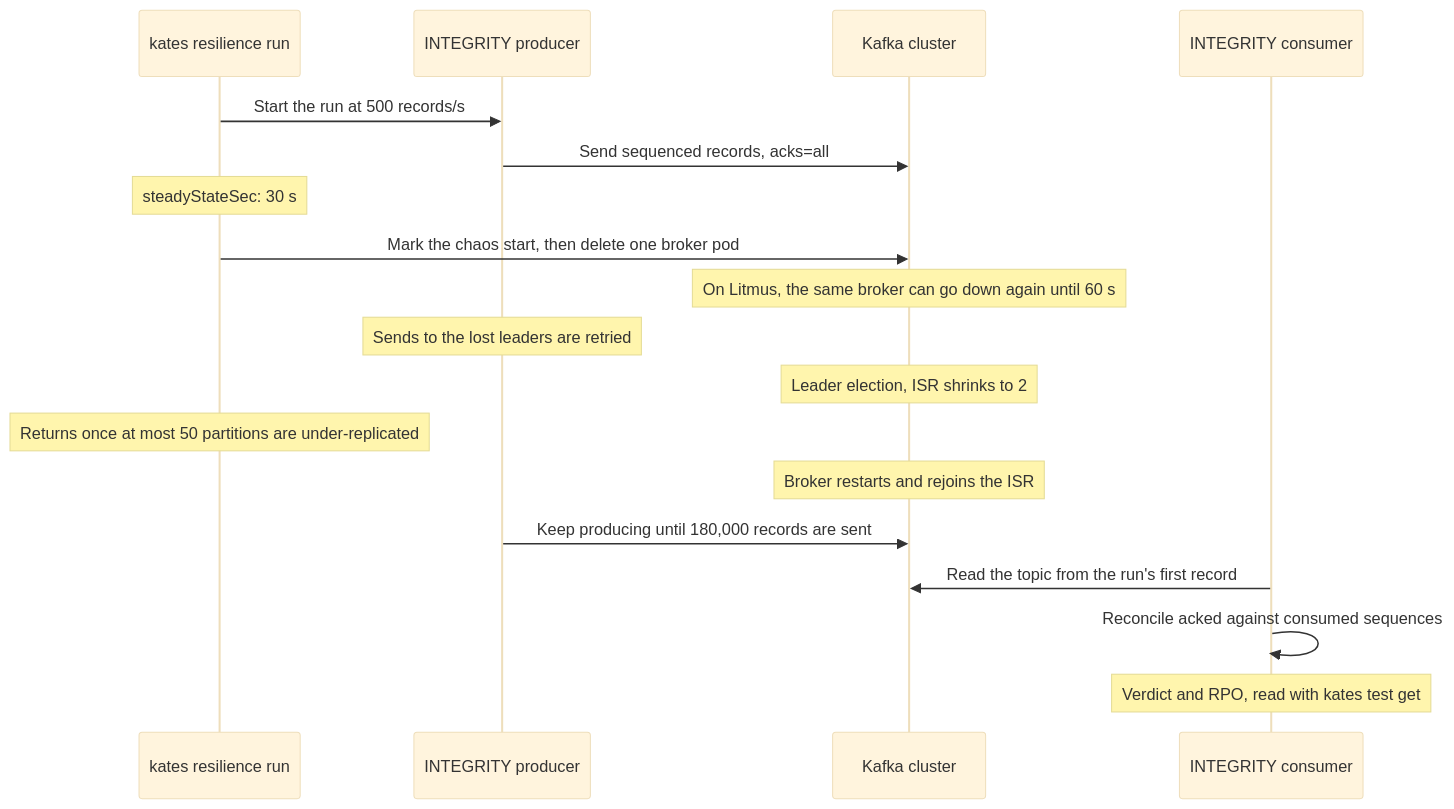
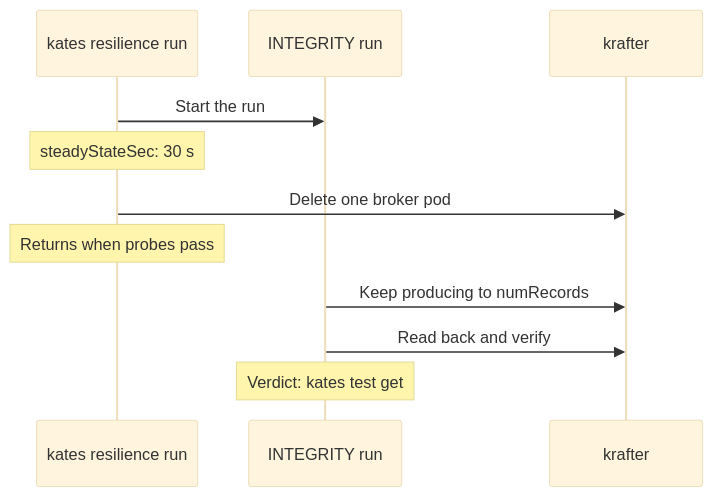
One commit to bmscomp/kates changed the second of 2 diagrams in docs/book/08-data-integrity.md. Above: the diagram before and after it, drawn with Mermaid (base theme). The commit also changed other lines of this file and 52 other files, not shown here.

````diff
--- a/docs/book/08-data-integrity.md
+++ b/docs/book/08-data-integrity.md
@@ -248,24 +299,17 @@
 ```mermaid
 %%| label: fig-integrity-under-chaos
-%%| fig-cap: "`kates resilience run` starts the INTEGRITY run, marks the chaos start and deletes a broker pod, and returns once at most 50 partitions are under-replicated; the verdict and RPO come later, from the INTEGRITY run itself."
-%%| fig-alt: "Sequence diagram with kates resilience run, the INTEGRITY producer, the Kafka cluster and the INTEGRITY consumer. The resilience run starts the producer at 500 records per second, and the producer sends sequenced records with acks=all. After 30 seconds of steady state, the resilience run marks the chaos start and deletes one broker pod, and, on LitmusChaos, the same broker can be deleted again until 60 seconds. Sends to the lost leaders are retried, a leader election runs and the ISR shrinks to 2. The resilience run returns once its probes pass, when at most 50 partitions are under-replicated. The broker restarts and rejoins the ISR, and the producer keeps going until 180,000 records are sent. The consumer then reads the topic back from the run's first record and reconciles acknowledged against consumed sequences, and the verdict and RPO are read with kates test get."
+%%| fig-cap: "The fault lands while the INTEGRITY run is producing, and kates resilience run returns before the verdict exists."
+%%| fig-alt: "Sequence diagram with three participants: kates resilience run, the INTEGRITY run and krafter. The resilience run starts the INTEGRITY run, waits 30 seconds, and deletes one broker pod. It returns once its probes pass while the INTEGRITY run keeps producing to numRecords, then reads the records back and verifies them. The verdict is read with kates test get."
 sequenceDiagram
     participant Res as kates resilience run
-    participant Producer as INTEGRITY producer
-    participant Kafka as Kafka cluster
-    participant Consumer as INTEGRITY consumer
+    participant Run as INTEGRITY run
+    participant Kafka as krafter
 
-    Res->>Producer: Start the run at 500 records/s
-    Producer->>Kafka: Send sequenced records, acks=all
+    Res->>Run: Start the run
     Note over Res: steadyStateSec: 30 s
-    Res->>Kafka: Mark the chaos start, then delete one broker pod
-    Note over Kafka: On Litmus, the same broker can go down again until 60 s
-    Note over Producer: Sends to the lost leaders are retried
-    Note over Kafka: Leader election, ISR shrinks to 2
-    Note over Res: Returns once at most 50 partitions are under-replicated
-    Note over Kafka: Broker restarts and rejoins the ISR
-    Producer->>Kafka: Keep producing until 180,000 records are sent
-    Consumer->>Kafka: Read the topic from the run's first record
-    Consumer->>Consumer: Reconcile acked against consumed sequences
-    Note over Consumer: Verdict and RPO, read with kates test get
+    Res->>Kafka: Delete one broker pod
+    Note over Res: Returns when probes pass
+    Run->>Kafka: Keep producing to numRecords
+    Run->>Kafka: Read back and verify
+    Note over Run: Verdict: kates test get
 ```
````
